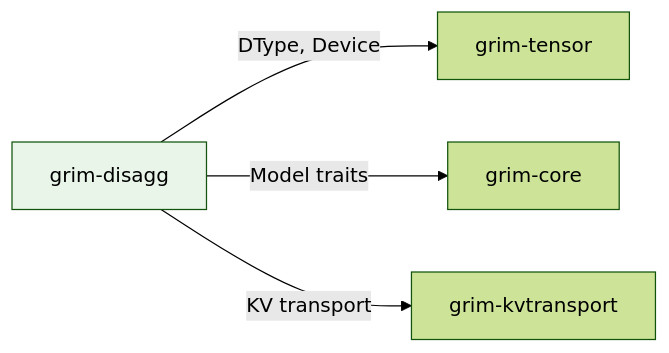
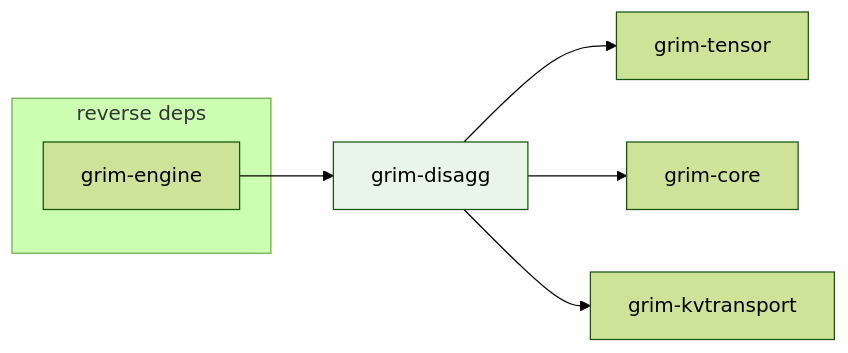
One commit to sydonayrex/grim changed the diagram in crates/grim-disagg/README.md. Above: the diagram before and after it, drawn with Mermaid (forest theme). The commit also changed other lines of this file and 55 other files, not shown here.

````diff
--- a/crates/grim-disagg/README.md
+++ b/crates/grim-disagg/README.md
@@ -22,8 +22,14 @@
 ```mermaid
 graph LR
-    A[grim-disagg] -->|DType, Device| B[grim-tensor]
-    A -->|Model traits| C[grim-core]
-    A -->|KV transport| D[grim-kvtransport]
-    
+    A[grim-disagg] --> B[grim-tensor]
+    A --> C[grim-core]
+    A --> D[grim-kvtransport]
+
+    subgraph "reverse deps"
+        E1[grim-engine]
+    end
+
+    E1 --> A
+
     style A fill:#e8f5e8
 ```
````
